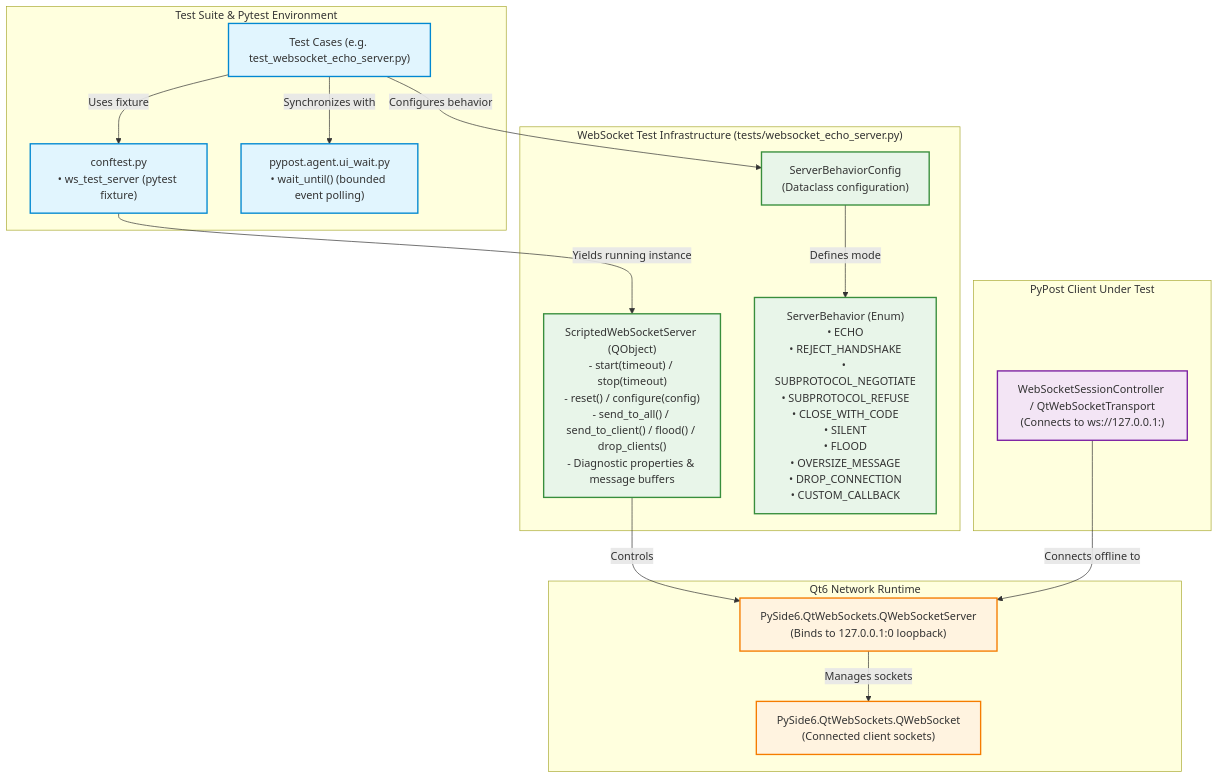
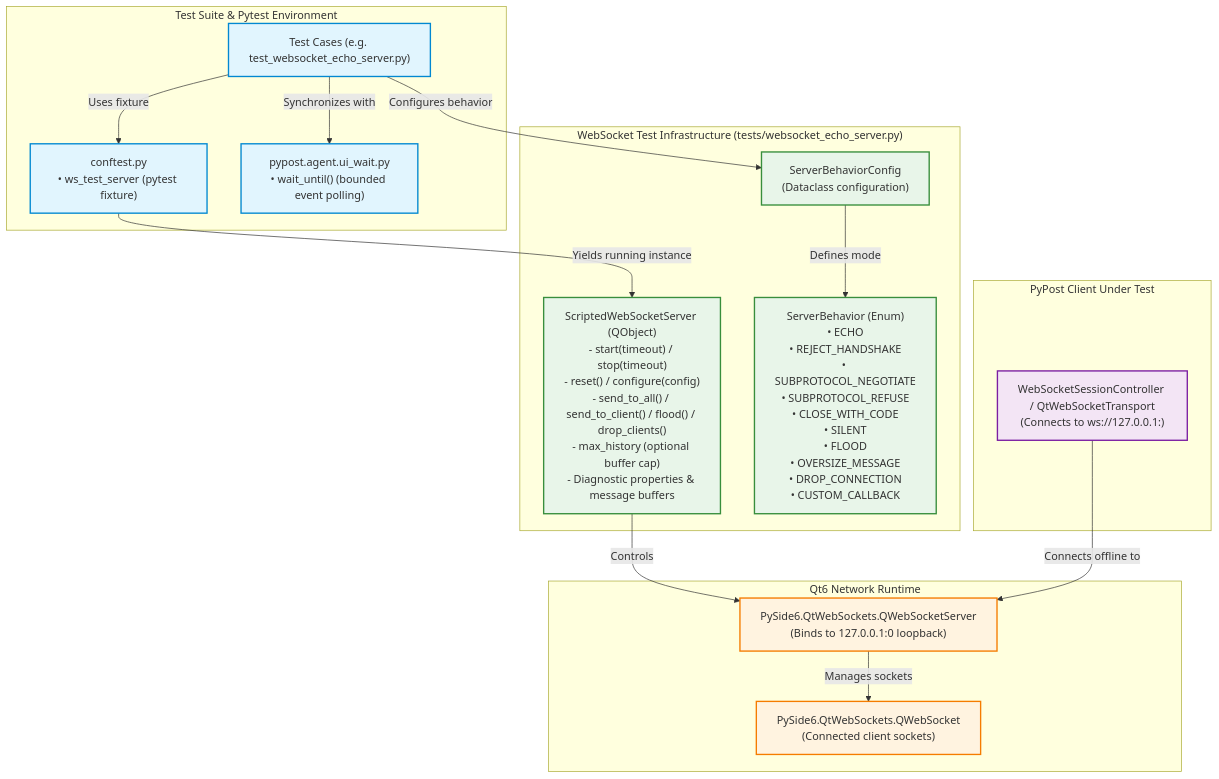
The diagram in doc/dev/websocket_test_harness.md (koctep/pypost), drawn with Mermaid before and after one commit. The commit also changed other lines of this file and 8 other files, not shown here.

First line of the commit message:
test(websocket): PYPOST-1140 add optional max_history buffer cap

````diff
--- a/doc/dev/websocket_test_harness.md
+++ b/doc/dev/websocket_test_harness.md
@@ -24,42 +24,42 @@
 ```mermaid
 graph TD
     subgraph "Test Suite & Pytest Environment"
         TC["Test Cases (e.g. test_websocket_echo_server.py)"]
         CONF["conftest.py<br/>• ws_test_server (pytest fixture)"]
         WAIT["pypost.agent.ui_wait.py<br/>• wait_until() (bounded event polling)"]
     end
 
     subgraph "WebSocket Test Infrastructure (tests/websocket_echo_server.py)"
-        SWS["ScriptedWebSocketServer (QObject)<br/>- start(timeout) / stop(timeout)<br/>- reset() / configure(config)<br/>- send_to_all() / send_to_client() / flood() / drop_clients()<br/>- Diagnostic properties & message buffers"]
+        SWS["ScriptedWebSocketServer (QObject)<br/>- start(timeout) / stop(timeout)<br/>- reset() / configure(config)<br/>- send_to_all() / send_to_client() / flood() / drop_clients()<br/>- max_history (optional buffer cap)<br/>- Diagnostic properties & message buffers"]
         SBC["ServerBehaviorConfig<br/>(Dataclass configuration)"]
         SB["ServerBehavior (Enum)<br/>• ECHO<br/>• REJECT_HANDSHAKE<br/>• SUBPROTOCOL_NEGOTIATE<br/>• SUBPROTOCOL_REFUSE<br/>• CLOSE_WITH_CODE<br/>• SILENT<br/>• FLOOD<br/>• OVERSIZE_MESSAGE<br/>• DROP_CONNECTION<br/>• CUSTOM_CALLBACK"]
     end
 
     subgraph "Qt6 Network Runtime"
         QWSS["PySide6.QtWebSockets.QWebSocketServer<br/>(Binds to 127.0.0.1:0 loopback)"]
         QWS["PySide6.QtWebSockets.QWebSocket<br/>(Connected client sockets)"]
     end
 
     subgraph "PyPost Client Under Test"
         WSC["WebSocketSessionController / QtWebSocketTransport<br/>(Connects to ws://127.0.0.1:<port>)"]
     end
 
     CONF -->|"Yields running instance"| SWS
     TC -->|"Uses fixture"| CONF
     TC -->|"Configures behavior"| SBC
     SBC -->|"Defines mode"| SB
     SWS -->|"Controls"| QWSS
     QWSS -->|"Manages sockets"| QWS
     WSC -->|"Connects offline to"| QWSS
     TC -->|"Synchronizes with"| WAIT
 
     classDef test fill:#e1f5fe,stroke:#0288d1,stroke-width:2px;
     classDef harness fill:#e8f5e9,stroke:#388e3c,stroke-width:2px;
     classDef qt fill:#fff3e0,stroke:#f57c00,stroke-width:2px;
     classDef client fill:#f3e5f5,stroke:#7b1fa2,stroke-width:2px;
 
     class TC,CONF,WAIT test;
     class SWS,SBC,SB harness;
     class QWSS,QWS qt;
     class WSC client;
 ```
````
